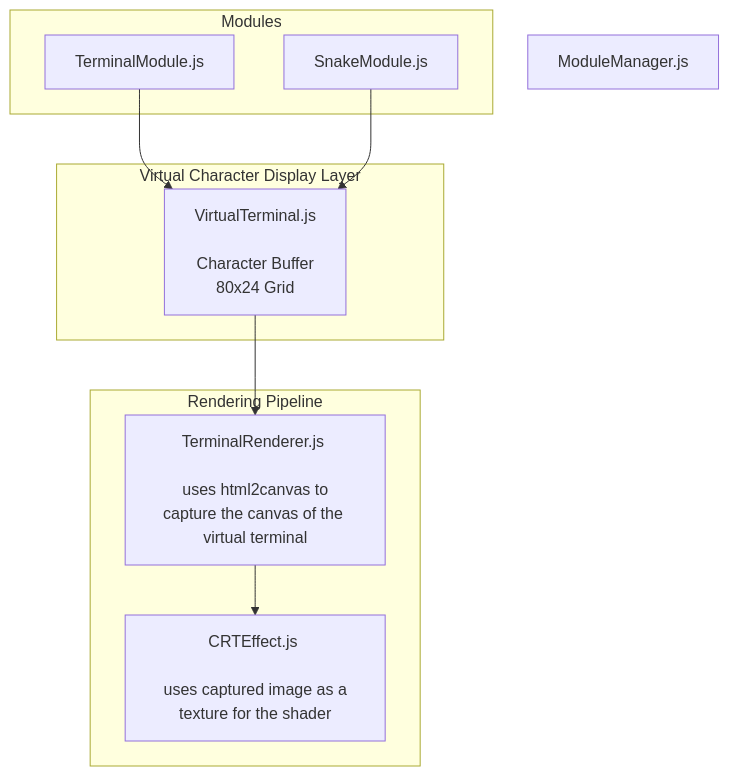
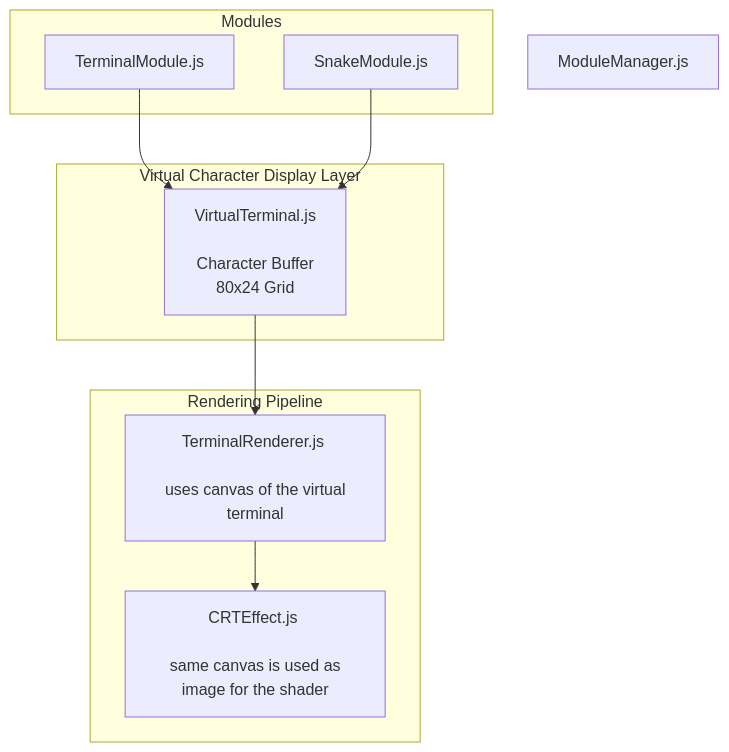
One commit to oasdflkjo/terminal changed the diagram in readme.md. Above: the diagram before and after it, drawn with Mermaid. The commit also changed 1 other file, not shown here.

````diff
--- a/readme.md
+++ b/readme.md
@@ -9,21 +9,21 @@
 ```mermaid
     graph TD
     MC[ModuleManager.js]
     subgraph Modules 
         TM[TerminalModule.js]
         SM[SnakeModule.js]
     end
 
     subgraph Virtual Character Display Layer
         VT[VirtualTerminal.js<br/><br/> Character Buffer <br/> 80x24 Grid]
     end
 
     subgraph Rendering Pipeline
-        TR[TerminalRenderer.js <br/><br/> uses html2canvas to capture the canvas of the virtual terminal]
-        CRT[CRTEffect.js <br/><br/> uses captured image as a texture for the shader]
+        TR[TerminalRenderer.js <br/><br/> uses canvas of the virtual terminal]
+        CRT[CRTEffect.js <br/><br/> same canvas is used as image for the shader]
     end
 
     TM --> VT
     SM --> VT
     VT --> TR --> CRT
 ```
````
